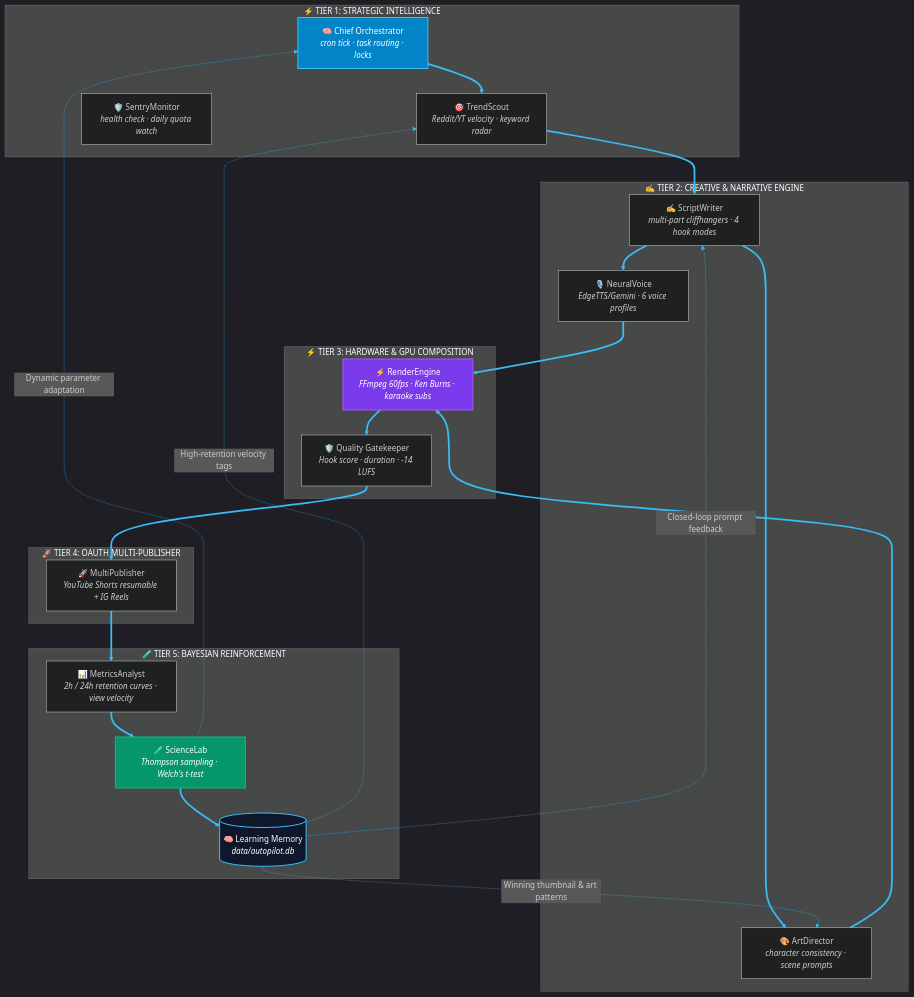
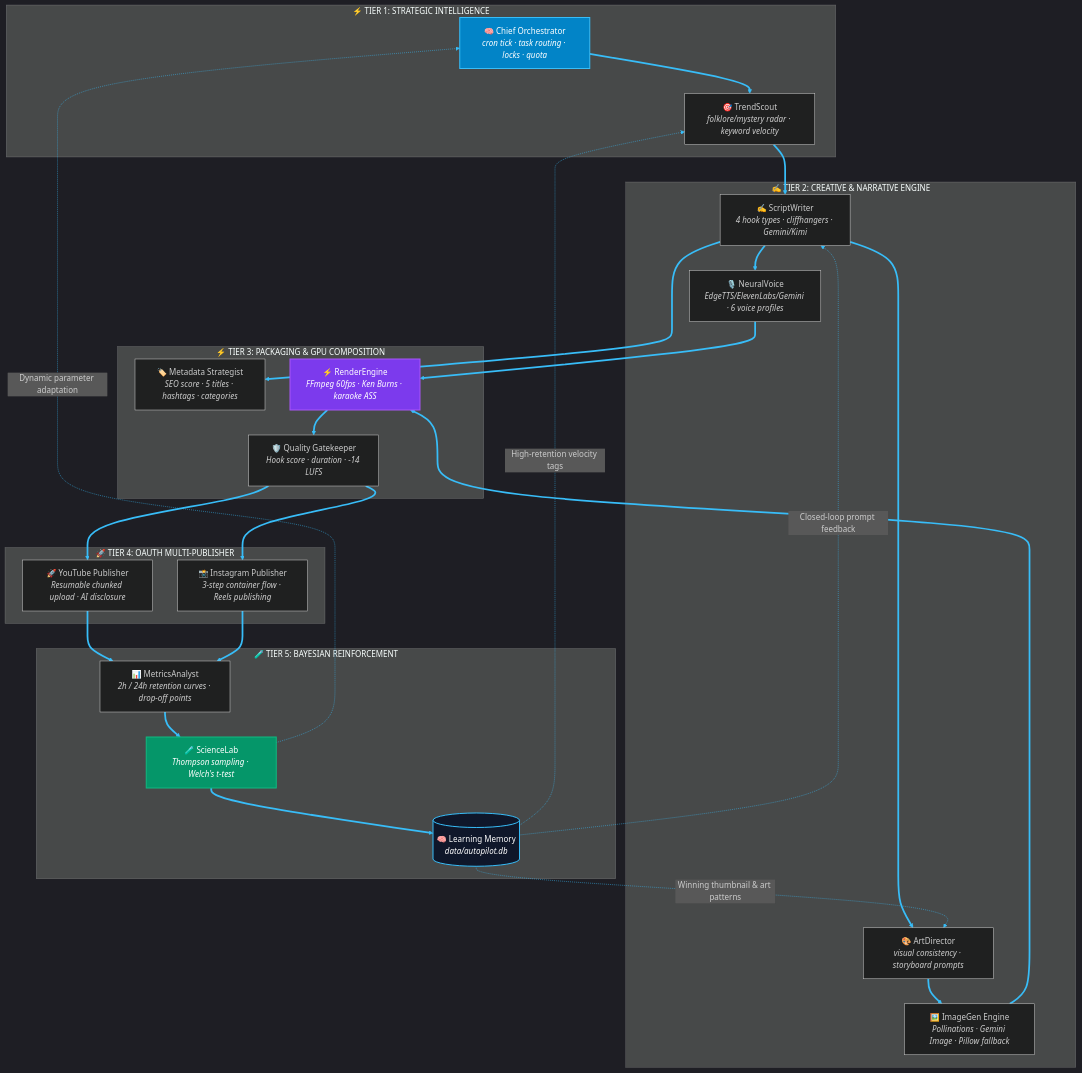
The diagram in README.md (Abhay73888/autopilot), drawn with Mermaid before and after one commit. The commit also changed other lines of this file, not shown here.

Commit message:
docs(readme): fix inaccuracies, add live Render deployment, correct agent roster and architecture

````diff
--- a/README.md
+++ b/README.md
@@ -49,47 +64,52 @@
 ```mermaid
 %%{init: {'theme':'dark', 'themeVariables': {'primaryColor':'#0F172A','primaryTextColor':'#F8FAFC','lineColor':'#38BDF8','secondaryColor':'#1E293B','tertiaryColor':'#070B12'}}}%%
 flowchart TB
     subgraph S_CORE["⚡ TIER 1: STRATEGIC INTELLIGENCE"]
-        CHIEF["🧠 Chief Orchestrator<br/><i>cron tick · task routing · locks</i>"]
-        TREND["🎯 TrendScout<br/><i>Reddit/YT velocity · keyword radar</i>"]
-        SENTRY["🛡️ SentryMonitor<br/><i>health check · daily quota watch</i>"]
+        CHIEF["🧠 Chief Orchestrator<br/><i>cron tick · task routing · locks · quota</i>"]
+        TREND["🎯 TrendScout<br/><i>folklore/mystery radar · keyword velocity</i>"]
     end
 
     subgraph S_CREATIVE["✍️ TIER 2: CREATIVE & NARRATIVE ENGINE"]
-        WRITER["✍️ ScriptWriter<br/><i>multi-part cliffhangers · 4 hook modes</i>"]
-        VOICE["🎙️ NeuralVoice<br/><i>EdgeTTS/Gemini · 6 voice profiles</i>"]
-        ART["🎨 ArtDirector<br/><i>character consistency · scene prompts</i>"]
+        WRITER["✍️ ScriptWriter<br/><i>4 hook types · cliffhangers · Gemini/Kimi</i>"]
+        VOICE["🎙️ NeuralVoice<br/><i>EdgeTTS/ElevenLabs/Gemini · 6 voice profiles</i>"]
+        ART["🎨 ArtDirector<br/><i>visual consistency · storyboard prompts</i>"]
+        IMG["🖼️ ImageGen Engine<br/><i>Pollinations · Gemini Image · Pillow fallback</i>"]
     end
 
-    subgraph S_PRODUCTION["⚡ TIER 3: HARDWARE & GPU COMPOSITION"]
-        RENDER["⚡ RenderEngine<br/><i>FFmpeg 60fps · Ken Burns · karaoke subs</i>"]
+    subgraph S_PRODUCTION["⚡ TIER 3: PACKAGING & GPU COMPOSITION"]
+        META["🏷️ Metadata Strategist<br/><i>SEO score · 5 titles · hashtags · categories</i>"]
+        RENDER["⚡ RenderEngine<br/><i>FFmpeg 60fps · Ken Burns · karaoke ASS</i>"]
         GATE["🛡️ Quality Gatekeeper<br/><i>Hook score · duration · -14 LUFS</i>"]
     end
 
     subgraph S_DISTRIBUTION["🚀 TIER 4: OAUTH MULTI-PUBLISHER"]
-        PUB["🚀 MultiPublisher<br/><i>YouTube Shorts resumable + IG Reels</i>"]
+        PUB_YT["🚀 YouTube Publisher<br/><i>Resumable chunked upload · AI disclosure</i>"]
+        PUB_IG["📸 Instagram Publisher<br/><i>3-step container flow · Reels publishing</i>"]
     end
 
     subgraph S_FEEDBACK["🧪 TIER 5: BAYESIAN REINFORCEMENT"]
-        ANALYST["📊 MetricsAnalyst<br/><i>2h / 24h retention curves · view velocity</i>"]
+        ANALYST["📊 MetricsAnalyst<br/><i>2h / 24h retention curves · drop-off points</i>"]
         SCIENCE["🧪 ScienceLab<br/><i>Thompson sampling · Welch's t-test</i>"]
         DB[("🧠 Learning Memory<br/><i>data/autopilot.db</i>")]
     end
 
     %% Pipeline Flow
     CHIEF ==> TREND ==> WRITER
-    WRITER ==> VOICE & ART ==> RENDER
-    RENDER ==> GATE ==> PUB
-    PUB ==> ANALYST ==> SCIENCE ==> DB
+    WRITER ==> VOICE & ART
+    ART ==> IMG
+    VOICE & IMG ==> RENDER
+    WRITER ==> META
+    RENDER ==> GATE ==> PUB_YT & PUB_IG
+    PUB_YT & PUB_IG ==> ANALYST ==> SCIENCE ==> DB
 
     %% Closed-Loop Reinforcement Conduits
     DB -.->|"Closed-loop prompt feedback"| WRITER
     DB -.->|"Winning thumbnail & art patterns"| ART
     DB -.->|"High-retention velocity tags"| TREND
     SCIENCE -.->|"Dynamic parameter adaptation"| CHIEF
 
     style CHIEF fill:#0284C7,stroke:#38BDF8,stroke-width:2px,color:#fff
     style RENDER fill:#7C3AED,stroke:#A855F7,stroke-width:2px,color:#fff
     style SCIENCE fill:#059669,stroke:#10B981,stroke-width:2px,color:#fff
     style DB fill:#0F172A,stroke:#38BDF8,stroke-width:2px,color:#fff
 ```
````
